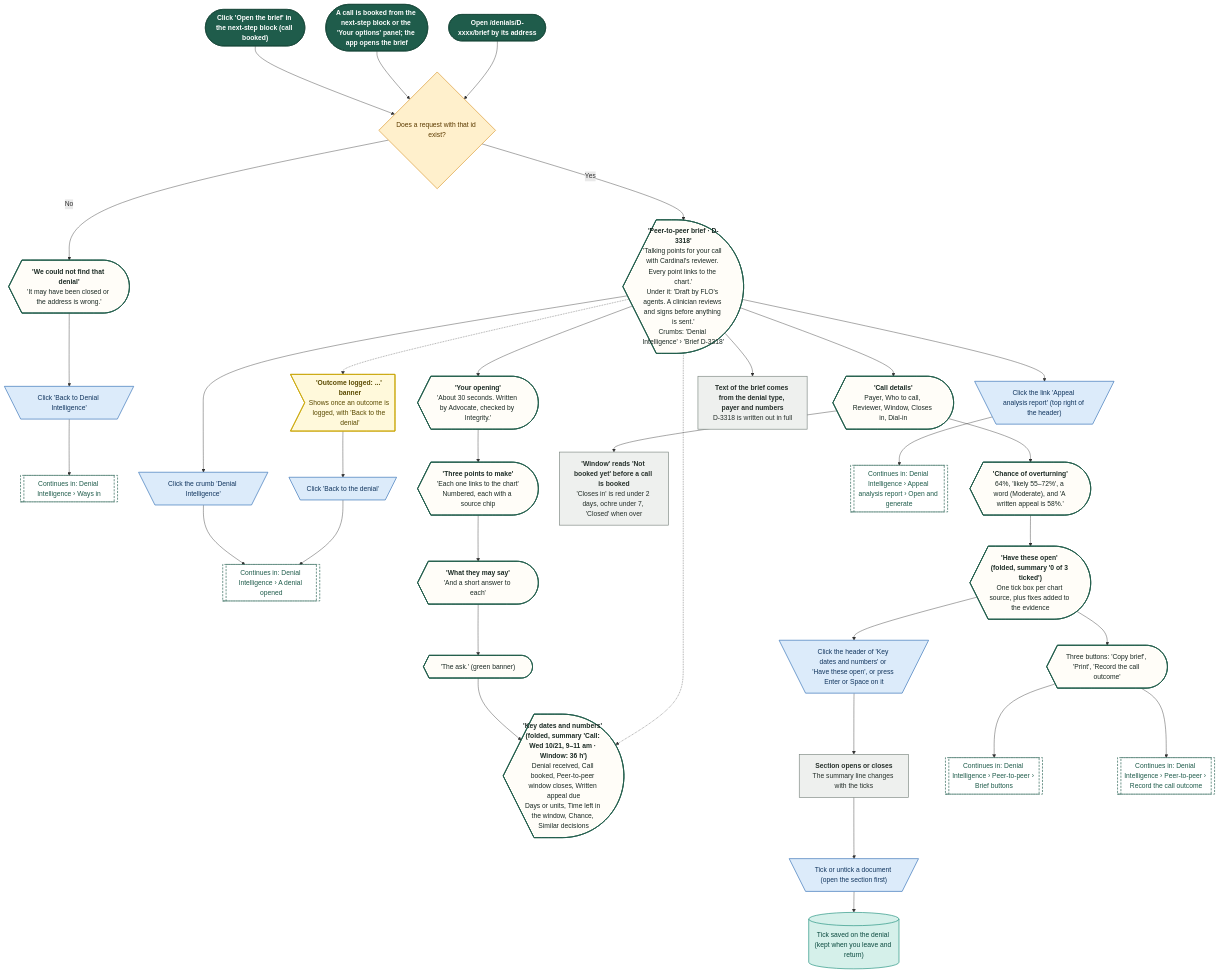
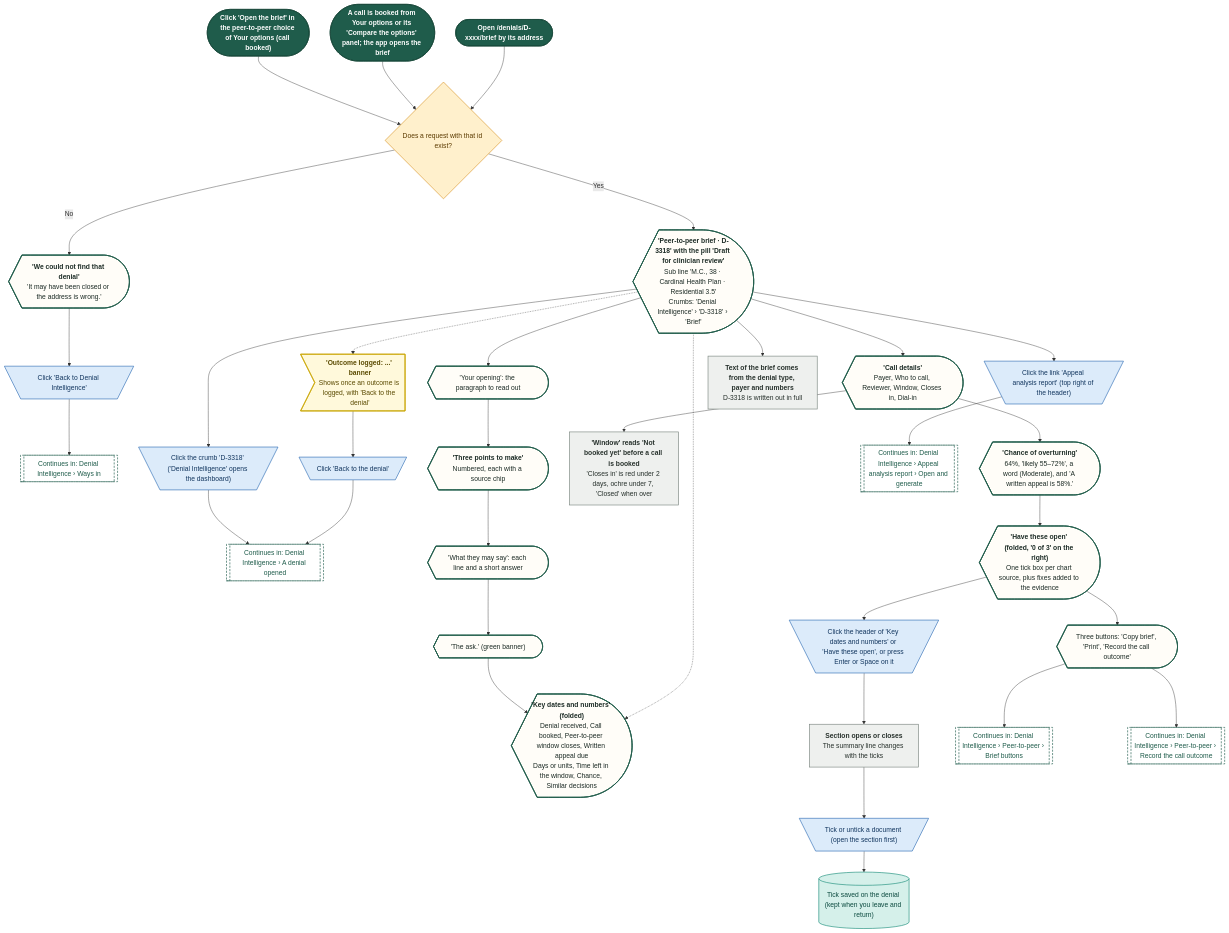
The diagram in demos/prior-auth-demo/workflows/out/mmd/06-denials/21-brief-page.mmd (Shrav143/psyfloapp), drawn with Mermaid before and after one commit. The commit also changed 202 other files, not shown here.

First line of the commit message:
docs: round 6 README, CONVENTIONS, spec section 17, diagram module blurbs and 336 rebuilt diagrams

```diff
--- a/demos/prior-auth-demo/workflows/out/mmd/06-denials/21-brief-page.mmd
+++ b/demos/prior-auth-demo/workflows/out/mmd/06-denials/21-brief-page.mmd
@@ -1,72 +1,72 @@
 %%{init: {"theme":"base","themeVariables":{"fontFamily":"'DM Sans', 'Segoe UI', system-ui, sans-serif","fontSize":"15px","lineColor":"#5B6B63","primaryTextColor":"#1C2B25","clusterBkg":"#FBF8F3","clusterBorder":"#D9CDBB","edgeLabelBackground":"#FFFFFF"},"flowchart":{"curve":"basis","nodeSpacing":36,"rankSpacing":48,"padding":12,"htmlLabels":true,"useMaxWidth":false,"wrappingWidth":230}} }%%
 flowchart TD
   classDef k_start fill:#1F5C4B,stroke:#174638,color:#FFFFFF,stroke-width:1.5px,font-weight:600
   classDef k_end fill:#DDEFE3,stroke:#2E7D4F,color:#14502F,stroke-width:1.5px,font-weight:600
   classDef k_endx fill:#FBE3E0,stroke:#C0392B,color:#7A1F16,stroke-width:1.5px,font-weight:600
   classDef k_screen fill:#FFFDF8,stroke:#1F5C4B,color:#1C2B25,stroke-width:2px
   classDef k_overlay fill:#F1F7F3,stroke:#1F5C4B,color:#1C2B25,stroke-width:2px,stroke-dasharray:5 3
   classDef k_click fill:#DCEBFA,stroke:#2F6DB5,color:#12365F,stroke-width:1.5px
   classDef k_input fill:#E4E7FF,stroke:#4C5FD5,color:#1D2670,stroke-width:1.5px
   classDef k_process fill:#EEF0EE,stroke:#7A857F,color:#26302B,stroke-width:1.5px
   classDef k_agent fill:#EEE5FA,stroke:#7A4FC2,color:#341A63,stroke-width:1.5px
   classDef k_decision fill:#FFF0CC,stroke:#D9962B,color:#5C3B00,stroke-width:1.5px
   classDef k_store fill:#D5F0EA,stroke:#1C8E7B,color:#0B4A3F,stroke-width:1.5px
   classDef k_doc fill:#F6E9DC,stroke:#B07A4C,color:#4A2E14,stroke-width:1.5px
   classDef k_ext fill:#FFE6D2,stroke:#E07B39,color:#6B2F06,stroke-width:1.5px
   classDef k_wait fill:#E4E8EE,stroke:#6B7C93,color:#26303D,stroke-width:1.5px
   classDef k_toast fill:#FFF9DB,stroke:#C9A400,color:#5A4A00,stroke-width:1.5px
   classDef k_goto fill:#FFFFFF,stroke:#1F5C4B,color:#1F5C4B,stroke-width:1.5px,stroke-dasharray:5 3
-  s1@{ shape: stadium, label: "Click 'Open the brief' in the next-step block (call booked)" }
-  s2@{ shape: stadium, label: "A call is booked from the next-step block or the 'Your options' panel; the app opens the brief" }
+  s1@{ shape: stadium, label: "Click 'Open the brief' in the peer-to-peer choice of Your options (call booked)" }
+  s2@{ shape: stadium, label: "A call is booked from Your options or its 'Compare the options' panel; the app opens the brief" }
   s3@{ shape: stadium, label: "Open /denials/D-xxxx/brief by its address" }
   d1@{ shape: diam, label: "Does a request with that id exist?" }
   e1@{ shape: curv-trap, label: "<b>'We could not find that denial'</b><br/>'It may have been closed or the address is wrong.'" }
   c0@{ shape: trap-t, label: "Click 'Back to Denial Intelligence'" }
   g0@{ shape: subproc, label: "Continues in: Denial Intelligence › Ways in" }
-  sc1@{ shape: curv-trap, label: "<b>'Peer-to-peer brief · D-3318'</b><br/>'Talking points for your call with Cardinal's reviewer. Every point links to the chart.'<br/>Under it: 'Draft by FLO's agents. A clinician reviews and signs before anything is sent.'<br/>Crumbs: 'Denial Intelligence' › 'Brief D-3318'" }
-  c1@{ shape: trap-t, label: "Click the crumb 'Denial Intelligence'" }
+  sc1@{ shape: curv-trap, label: "<b>'Peer-to-peer brief · D-3318' with the pill 'Draft for clinician review'</b><br/>Sub line 'M.C., 38 · Cardinal Health Plan · Residential 3.5'<br/>Crumbs: 'Denial Intelligence' › 'D-3318' › 'Brief'" }
+  c1@{ shape: trap-t, label: "Click the crumb 'D-3318' ('Denial Intelligence' opens the dashboard)" }
   g1@{ shape: subproc, label: "Continues in: Denial Intelligence › A denial opened" }
   b1@{ shape: odd, label: "<b>'Outcome logged: ...' banner</b><br/>Shows once an outcome is logged, with 'Back to the denial'" }
   c2@{ shape: trap-t, label: "Click 'Back to the denial'" }
-  l1@{ shape: curv-trap, label: "<b>'Your opening'</b><br/>'About 30 seconds. Written by Advocate, checked by Integrity.'" }
-  l2@{ shape: curv-trap, label: "<b>'Three points to make'</b><br/>'Each one links to the chart'<br/>Numbered, each with a source chip" }
-  l3@{ shape: curv-trap, label: "<b>'What they may say'</b><br/>'And a short answer to each'" }
+  l1@{ shape: curv-trap, label: "'Your opening': the paragraph to read out" }
+  l2@{ shape: curv-trap, label: "<b>'Three points to make'</b><br/>Numbered, each with a source chip" }
+  l3@{ shape: curv-trap, label: "'What they may say': each line and a short answer" }
   l4@{ shape: curv-trap, label: "'The ask.' (green banner)" }
-  l5@{ shape: curv-trap, label: "<b>'Key dates and numbers' (folded, summary 'Call: Wed 10/21, 9–11 am · Window: 36 h')</b><br/>Denial received, Call booked, Peer-to-peer window closes, Written appeal due<br/>Days or units, Time left in the window, Chance, Similar decisions" }
+  l5@{ shape: curv-trap, label: "<b>'Key dates and numbers' (folded)</b><br/>Denial received, Call booked, Peer-to-peer window closes, Written appeal due<br/>Days or units, Time left in the window, Chance, Similar decisions" }
   r1@{ shape: curv-trap, label: "<b>'Call details'</b><br/>Payer, Who to call, Reviewer, Window, Closes in, Dial-in" }
   p1@{ shape: rect, label: "<b>'Window' reads 'Not booked yet' before a call is booked</b><br/>'Closes in' is red under 2 days, ochre under 7, 'Closed' when over" }
   r2@{ shape: curv-trap, label: "<b>'Chance of overturning'</b><br/>64%, 'likely 55–72%', a word (Moderate), and 'A written appeal is 58%.'" }
-  r3@{ shape: curv-trap, label: "<b>'Have these open' (folded, summary '0 of 3 ticked')</b><br/>One tick box per chart source, plus fixes added to the evidence" }
+  r3@{ shape: curv-trap, label: "<b>'Have these open' (folded, '0 of 3' on the right)</b><br/>One tick box per chart source, plus fixes added to the evidence" }
   cf@{ shape: trap-t, label: "Click the header of 'Key dates and numbers' or 'Have these open', or press Enter or Space on it" }
   pf@{ shape: rect, label: "<b>Section opens or closes</b><br/>The summary line changes with the ticks" }
   c3@{ shape: trap-t, label: "Tick or untick a document (open the section first)" }
   st1@{ shape: cyl, label: "Tick saved on the denial (kept when you leave and return)" }
   r4@{ shape: curv-trap, label: "Three buttons: 'Copy brief', 'Print', 'Record the call outcome'" }
   g2@{ shape: subproc, label: "Continues in: Denial Intelligence › Peer-to-peer › Brief buttons" }
   g3@{ shape: subproc, label: "Continues in: Denial Intelligence › Peer-to-peer › Record the call outcome" }
   c4@{ shape: trap-t, label: "Click the link 'Appeal analysis report' (top right of the header)" }
   g4@{ shape: subproc, label: "Continues in: Denial Intelligence › Appeal analysis report › Open and generate" }
   p0@{ shape: rect, label: "<b>Text of the brief comes from the denial type, payer and numbers</b><br/>D-3318 is written out in full" }
   s1 --> d1
   s2 --> d1
   s3 --> d1
   d1 -->|"No"| e1 --> c0 --> g0
   d1 -->|"Yes"| sc1
   sc1 --> p0
   sc1 --> c1 --> g1
   sc1 --> c4 --> g4
   sc1 -.-> b1 --> c2 --> g1
   sc1 --> l1 --> l2 --> l3 --> l4 --> l5
   sc1 --> r1 --> p1
   r1 --> r2 --> r3 --> cf --> pf --> c3 --> st1
   sc1 -.-> l5
   r3 --> r4 --> g2
   r4 --> g3
   class s1,s2,s3 k_start
   class d1 k_decision
   class e1,sc1,l1,l2,l3,l4,l5,r1,r2,r3,r4 k_screen
   class c0,c1,c2,cf,c3,c4 k_click
   class g0,g1,g2,g3,g4 k_goto
   class b1 k_toast
   class p1,pf,p0 k_process
   class st1 k_store
```
